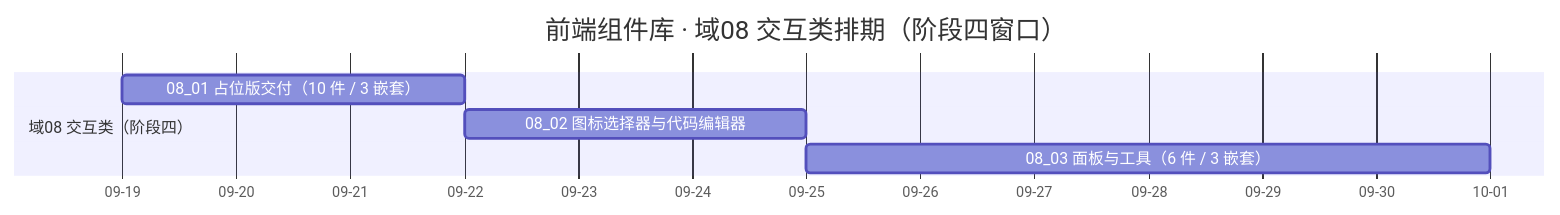
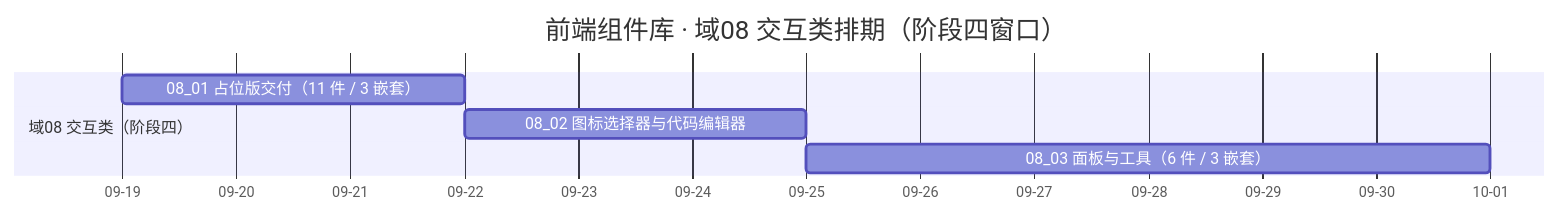
Before and after one commit to minjian123/basic-management-system: the diagram in bms文档/项目/04_前端组件库/计划/01_计划_前端组件库.md, drawn with Mermaid. The commit also changed other lines of this file and 10 other files, not shown here.

````diff
--- a/bms文档/项目/04_前端组件库/计划/01_计划_前端组件库.md
+++ b/bms文档/项目/04_前端组件库/计划/01_计划_前端组件库.md
@@ -74,10 +74,10 @@
 ```mermaid
 gantt
     title 前端组件库 · 域08 交互类排期（阶段四窗口）
     dateFormat  YYYY-MM-DD
     axisFormat %m-%d
     section 域08 交互类（阶段四）
-    08_01 占位版交付（10 件 / 3 嵌套）  :f01, 2026-09-19, 3d
+    08_01 占位版交付（11 件 / 3 嵌套）  :f01, 2026-09-19, 3d
     08_02 图标选择器与代码编辑器        :f02, 2026-09-22, 3d
     08_03 面板与工具（6 件 / 3 嵌套）   :f03, 2026-09-25, 6d
 ```
````
